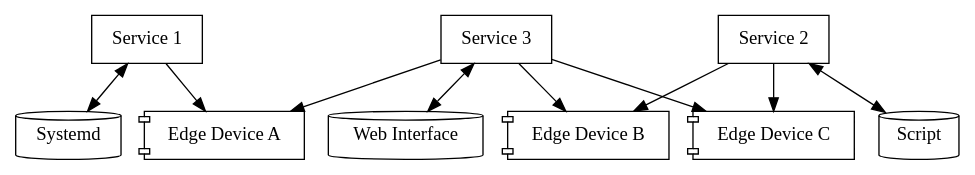
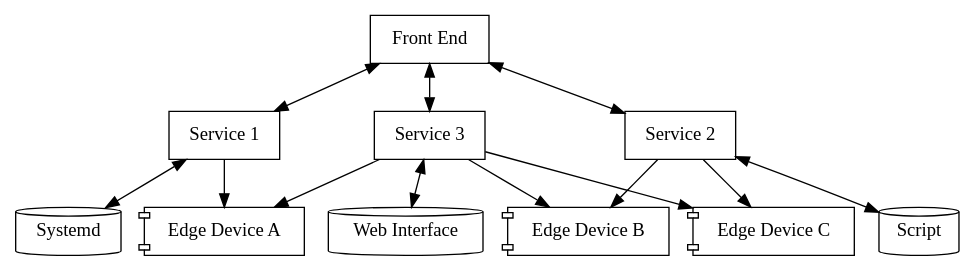
The diagram in diagram/architecture.dot (akilmarshall/simple-smart-home), drawn with Graphviz before and after one commit. The commit also changed 1 other file, not shown here.

Commit message:
updated the architecture diagram

```diff
--- a/diagram/architecture.dot
+++ b/diagram/architecture.dot
@@ -1,41 +1,49 @@
 digraph G {
 	graph [layout=dot rankdir=UD]
 
 	edge_a [label="Edge Device A" shape=component]
 	edge_b [label="Edge Device B" shape=component]
 	edge_c [label="Edge Device C" shape=component]
 
 	systemd [label="Systemd" shape=cylinder]
 	script [label="Script" shape=cylinder]
 	web [label="Web Interface" shape=cylinder]
 
 	service_a [label="Service 1" shape=box]
 	service_b [label="Service 2" shape=box]
 	service_c [label="Service 3" shape=box]
 
+	frontend [label="Front End" shape=box]
+
+	{ rank=same frontend }
 	{ rank=same edge_a edge_b edge_c }
 	{ rank=same systemd script web }
 	{ rank=same service_a service_b service_c }
 
 
 
+	subgraph {
+		frontend -> service_a [dir=both]
+		frontend -> service_b [dir=both]
+		frontend -> service_c [dir=both]
+	}
 	subgraph {
 		label="Service 1"
 		service_a -> edge_a [dir=normal]
 		service_a -> systemd [dir=both]
 	}
 	subgraph {
 		label="Service 2"
 		service_b -> edge_b [dir=normal]
 		service_b -> edge_c [dir=normal]
 		service_b -> script [dir=both]
 	}
 	subgraph {
 		label="Service 3"
 		service_c -> edge_a 
 		service_c -> edge_b
 		service_c -> edge_c
 		service_c -> web [dir=both]
 	}
 
 }
```
